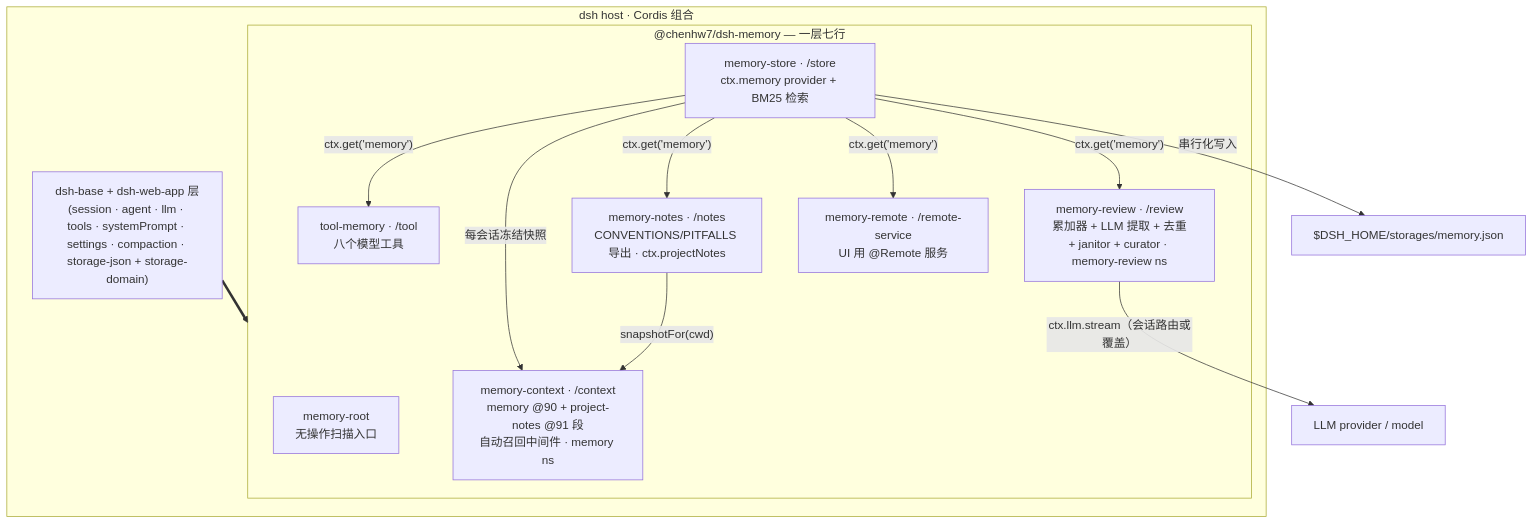
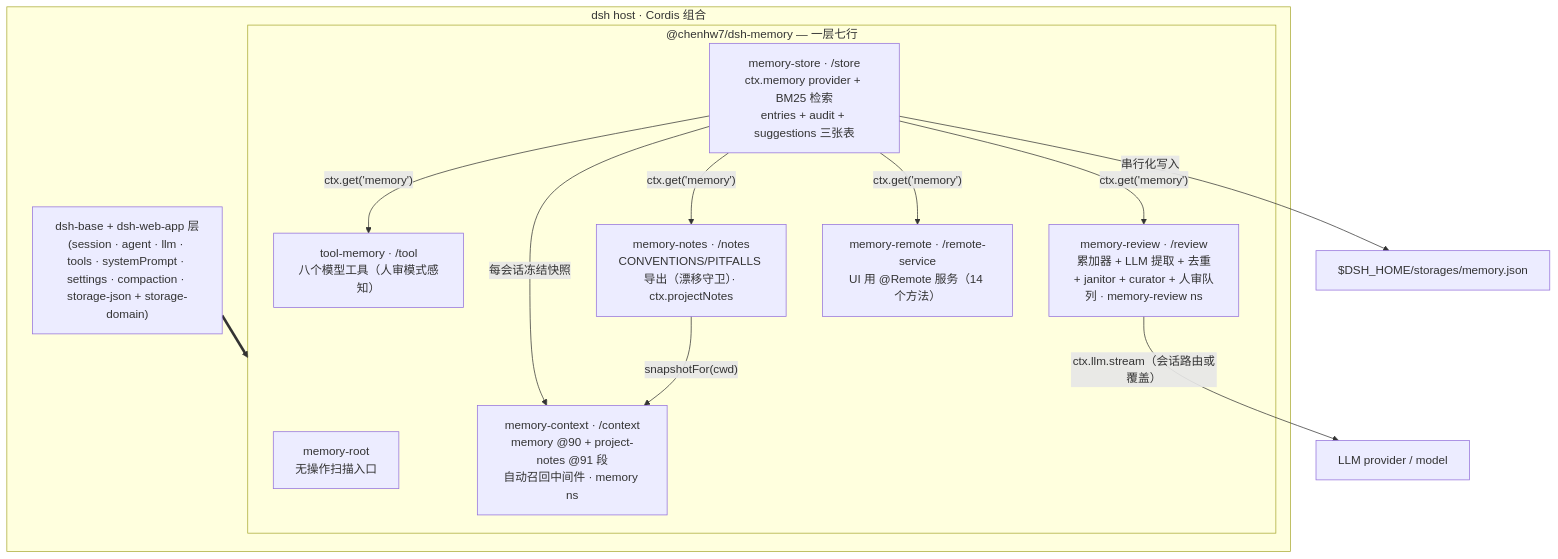
Before and after one commit to chenhw7/dsh-memory: the first of 3 diagrams in docs/TECH_DESIGN.zh-CN.md, drawn with Mermaid. The commit also changed other lines of this file and 2 other files, not shown here.

First line of the commit message:
docs: sync zh-CN mirrors (README / TECH_DESIGN / SEQUENCE_DIAGRAMS) with the v0.5.0 implementation

````diff
--- a/docs/TECH_DESIGN.zh-CN.md
+++ b/docs/TECH_DESIGN.zh-CN.md
@@ -100,24 +102,24 @@
 ```mermaid
 flowchart TB
   subgraph host["dsh host · Cordis 组合"]
     base["dsh-base + dsh-web-app 层<br/>(session · agent · llm · tools · systemPrompt · settings · compaction · storage-json + storage-domain)"]
     subgraph bundle["@chenhw7/dsh-memory — 一层七行"]
       root["memory-root<br/>无操作扫描入口"]
-      store["memory-store · /store<br/>ctx.memory provider + BM25 检索"]
-      tool["tool-memory · /tool<br/>八个模型工具"]
-      review["memory-review · /review<br/>累加器 + LLM 提取 + 去重<br/>+ janitor + curator · memory-review ns"]
-      notes["memory-notes · /notes<br/>CONVENTIONS/PITFALLS 导出 · ctx.projectNotes"]
+      store["memory-store · /store<br/>ctx.memory provider + BM25 检索<br/>entries + audit + suggestions 三张表"]
+      tool["tool-memory · /tool<br/>八个模型工具（人审模式感知）"]
+      review["memory-review · /review<br/>累加器 + LLM 提取 + 去重<br/>+ janitor + curator + 人审队列 · memory-review ns"]
+      notes["memory-notes · /notes<br/>CONVENTIONS/PITFALLS 导出（漂移守卫）· ctx.projectNotes"]
       context["memory-context · /context<br/>memory @90 + project-notes @91 段<br/>自动召回中间件 · memory ns"]
-      remote["memory-remote · /remote-service<br/>UI 用 @Remote 服务"]
+      remote["memory-remote · /remote-service<br/>UI 用 @Remote 服务（14 个方法）"]
     end
   end
   base ==> bundle
   store -- "ctx.get('memory')" --> tool
   store -- "ctx.get('memory')" --> review
   store -- "每会话冻结快照" --> context
   store -- "ctx.get('memory')" --> notes
   store -- "ctx.get('memory')" --> remote
   review -- "ctx.llm.stream（会话路由或覆盖）" --> llm["LLM provider / model"]
   notes -- "snapshotFor(cwd)" --> context
   store -- "串行化写入" --> json["$DSH_HOME/storages/memory.json"]
 ```
````
